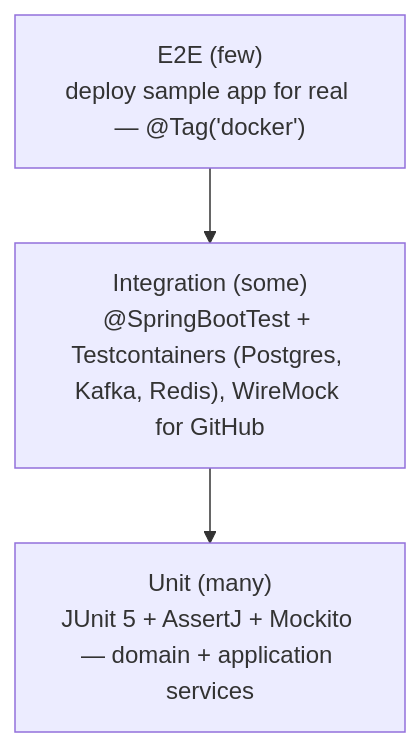
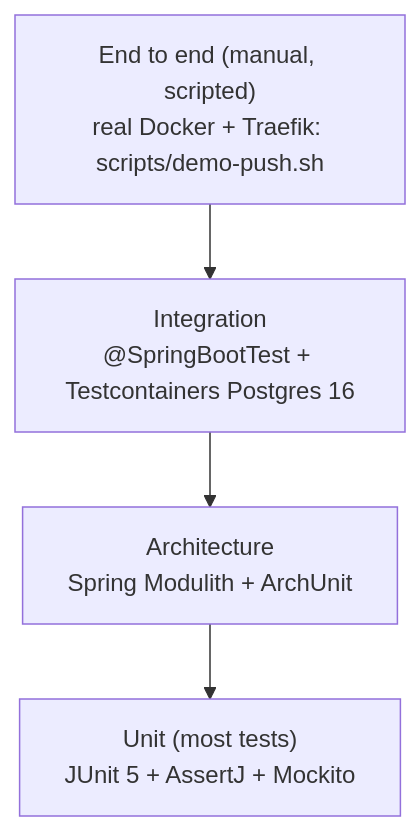
The first of 2 diagrams in docs/08-engineering-standards.md (sshivanshg/forge), drawn with Mermaid before and after one commit. The commit also changed other lines of this file and 8 other files, not shown here.

First line of the commit message:
ci: GitHub Actions for server verify and dashboard build; docs: rewrite standards, viva guide and README to match M1

````diff
--- a/docs/08-engineering-standards.md
+++ b/docs/08-engineering-standards.md
@@ -49,7 +36,8 @@
 ```mermaid
 flowchart TB
-    e2e["E2E (few)<br/>deploy sample app for real — @Tag('docker')"]
-    it["Integration (some)<br/>@SpringBootTest + Testcontainers (Postgres, Kafka, Redis), WireMock for GitHub"]
-    unit["Unit (many)<br/>JUnit 5 + AssertJ + Mockito — domain + application services"]
-    e2e --> it --> unit
+    e2e["End to end (manual, scripted)<br/>real Docker + Traefik: scripts/demo-push.sh"]
+    it["Integration<br/>@SpringBootTest + Testcontainers Postgres 16"]
+    arch["Architecture<br/>Spring Modulith + ArchUnit"]
+    unit["Unit (most tests)<br/>JUnit 5 + AssertJ + Mockito"]
+    e2e --> it --> arch --> unit
 ```
````
